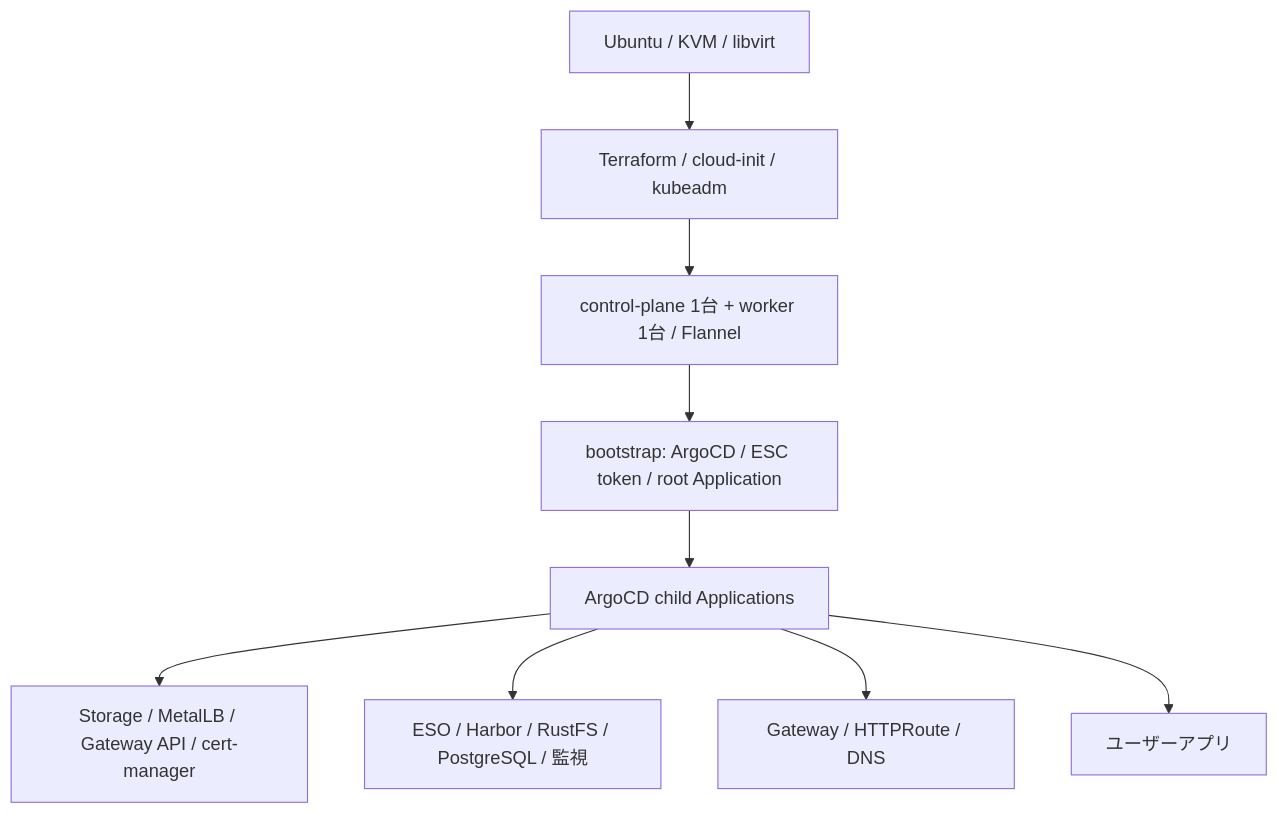
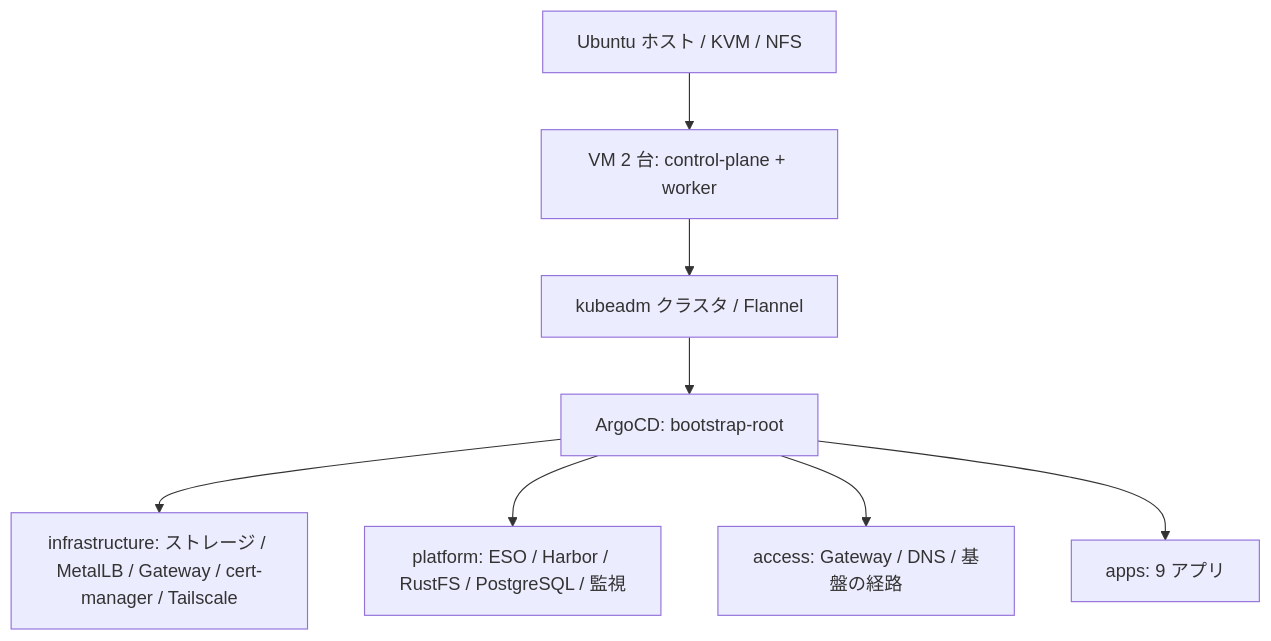
One commit to home-lab-ksera/home-lab-k8s changed the diagram in docs/architecture.md. Above: the diagram before and after it, drawn with Mermaid. The commit also changed other lines of this file and 50 other files, not shown here.

````diff
--- a/docs/architecture.md
+++ b/docs/architecture.md
@@ -6,11 +6,10 @@
 ```mermaid
 flowchart TD
-  Host[Ubuntu / KVM / libvirt] --> TF[Terraform / cloud-init / kubeadm]
-  TF --> K8s[control-plane 1台 + worker 1台 / Flannel]
-  K8s --> Boot[bootstrap: ArgoCD / ESC token / root Application]
-  Boot --> Argo[ArgoCD child Applications]
-  Argo --> Infra[Storage / MetalLB / Gateway API / cert-manager]
-  Argo --> Platform[ESO / Harbor / RustFS / PostgreSQL / 監視]
-  Argo --> Access[Gateway / HTTPRoute / DNS]
-  Argo --> Apps[ユーザーアプリ]
+  Host[Ubuntu ホスト / KVM / NFS] --> VM[VM 2 台: control-plane + worker]
+  VM --> K8s[kubeadm クラスタ / Flannel]
+  K8s --> Argo[ArgoCD: bootstrap-root]
+  Argo --> Infra[infrastructure: ストレージ / MetalLB / Gateway / cert-manager / Tailscale]
+  Argo --> Platform[platform: ESO / Harbor / RustFS / PostgreSQL / 監視]
+  Argo --> Access[access: Gateway / DNS / 基盤の経路]
+  Argo --> Apps[apps: 9 アプリ]
 ```
````
